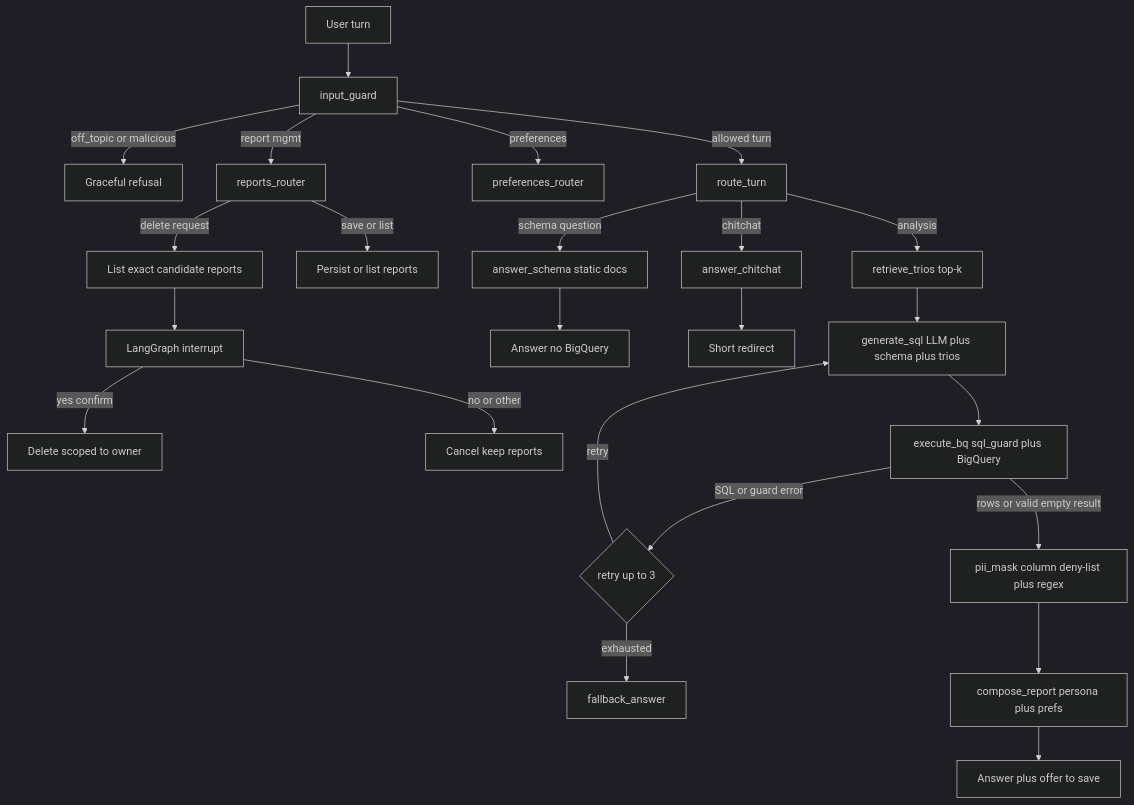
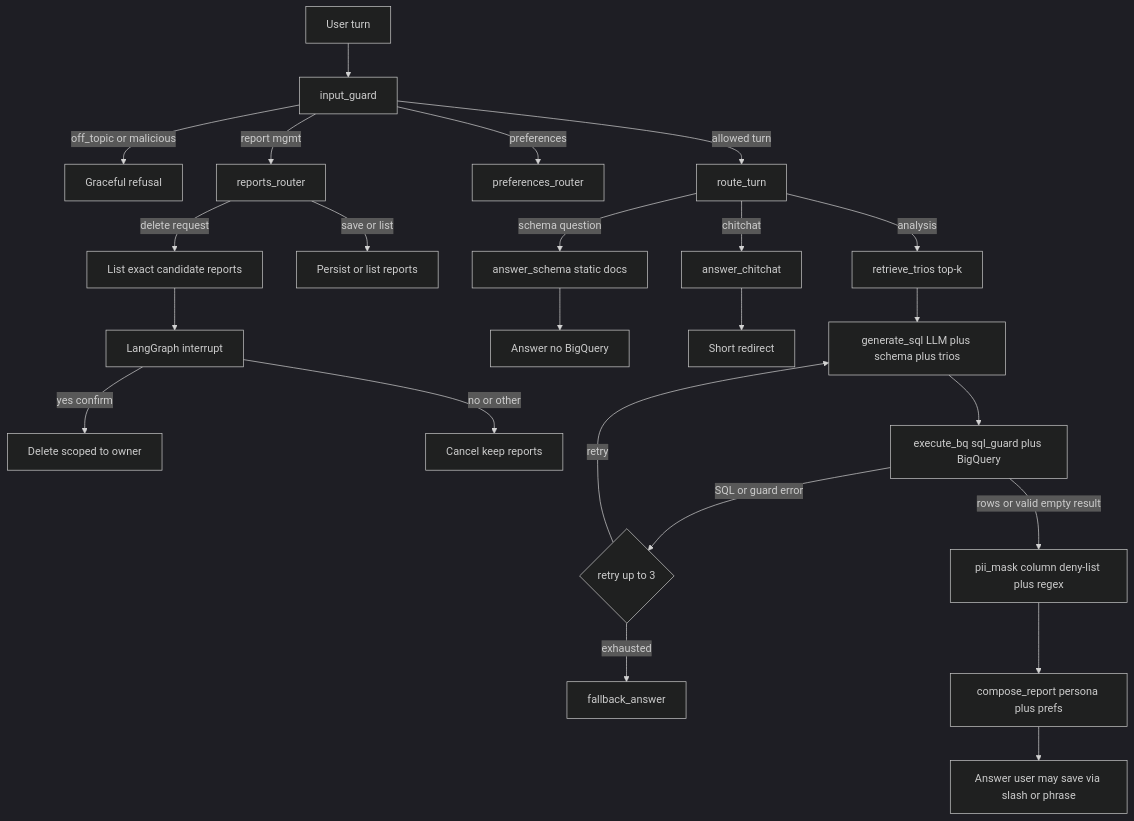
The second of 3 diagrams in docs/ARCHITECTURE.md (webboy/opsfleet-retail-company-ai), drawn with Mermaid (dark theme) before and after one commit. The commit also changed other lines of this file and 12 other files, not shown here.

````diff
--- a/docs/ARCHITECTURE.md
+++ b/docs/ARCHITECTURE.md
@@ -129,26 +129,26 @@
 ```mermaid
 flowchart TD
     Turn[User turn] --> Guard[input_guard]
     Guard -->|off_topic or malicious| Refuse[Graceful refusal]
     Guard -->|report mgmt| RepRoute[reports_router]
     RepRoute -->|delete request| ListCandidates[List exact candidate reports]
     ListCandidates --> Interrupt[LangGraph interrupt]
     Interrupt -->|yes confirm| DeleteOwn[Delete scoped to owner]
     Interrupt -->|no or other| Cancel[Cancel keep reports]
     RepRoute -->|save or list| RepAction[Persist or list reports]
     Guard -->|preferences| PrefsRoute[preferences_router]
     Guard -->|allowed turn| RouteTurn[route_turn]
     RouteTurn -->|schema question| SchemaAns[answer_schema static docs]
     RouteTurn -->|chitchat| ChitChat[answer_chitchat]
     RouteTurn -->|analysis| Retrieve[retrieve_trios top-k]
     SchemaAns --> OutSchema[Answer no BigQuery]
     ChitChat --> OutChat[Short redirect]
     Retrieve --> SQLGen[generate_sql LLM plus schema plus trios]
     SQLGen --> Exec[execute_bq sql_guard plus BigQuery]
     Exec -->|SQL or guard error| Heal{retry up to 3}
     Heal -->|retry| SQLGen
     Heal -->|exhausted| Apology[fallback_answer]
     Exec -->|rows or valid empty result| Mask[pii_mask column deny-list plus regex]
     Mask --> Report[compose_report persona plus prefs]
-    Report --> Out[Answer plus offer to save]
+    Report --> Out[Answer user may save via slash or phrase]
 ```
````
